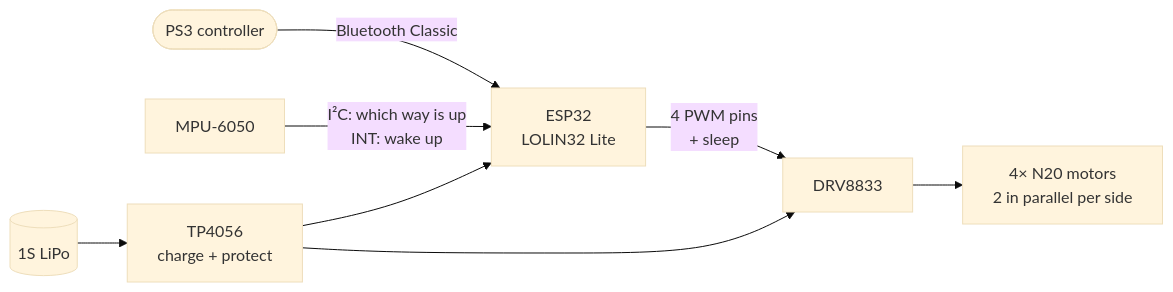
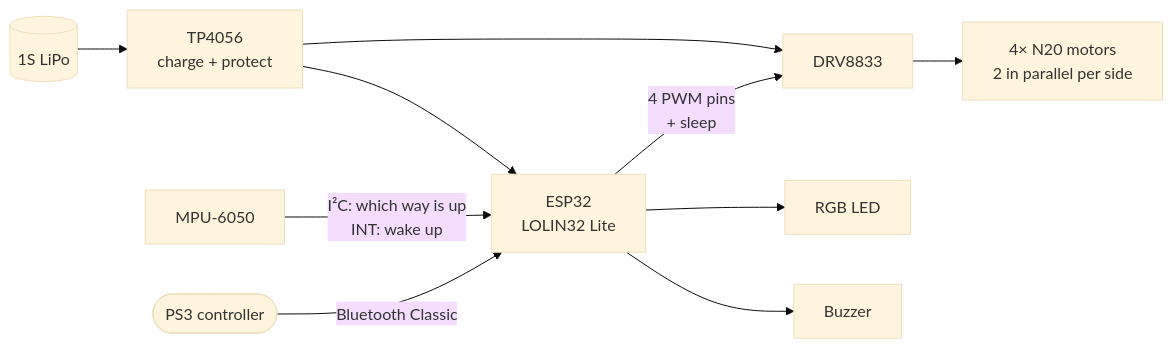
The first of 2 diagrams in README.md (wouterds/minibot), drawn with Mermaid (base theme) before and after one commit. The commit also changed other lines of this file and 4 other files, not shown here.

````diff
--- a/README.md
+++ b/README.md
@@ -28,10 +30,12 @@
 ```mermaid
 flowchart LR
     PS3([PS3 controller]) -->|Bluetooth Classic| ESP[ESP32<br/>LOLIN32 Lite]
     IMU[MPU-6050] -->|I²C: which way is up<br/>INT: wake up| ESP
     ESP -->|4 PWM pins<br/>+ sleep| DRV[DRV8833]
+    ESP --> LED[RGB LED]
+    ESP --> BUZ[Buzzer]
     DRV --> MOT[4× N20 motors<br/>2 in parallel per side]
     BAT[(1S LiPo)] --> TP[TP4056<br/>charge + protect]
     TP --> ESP
     TP --> DRV
 ```
````
